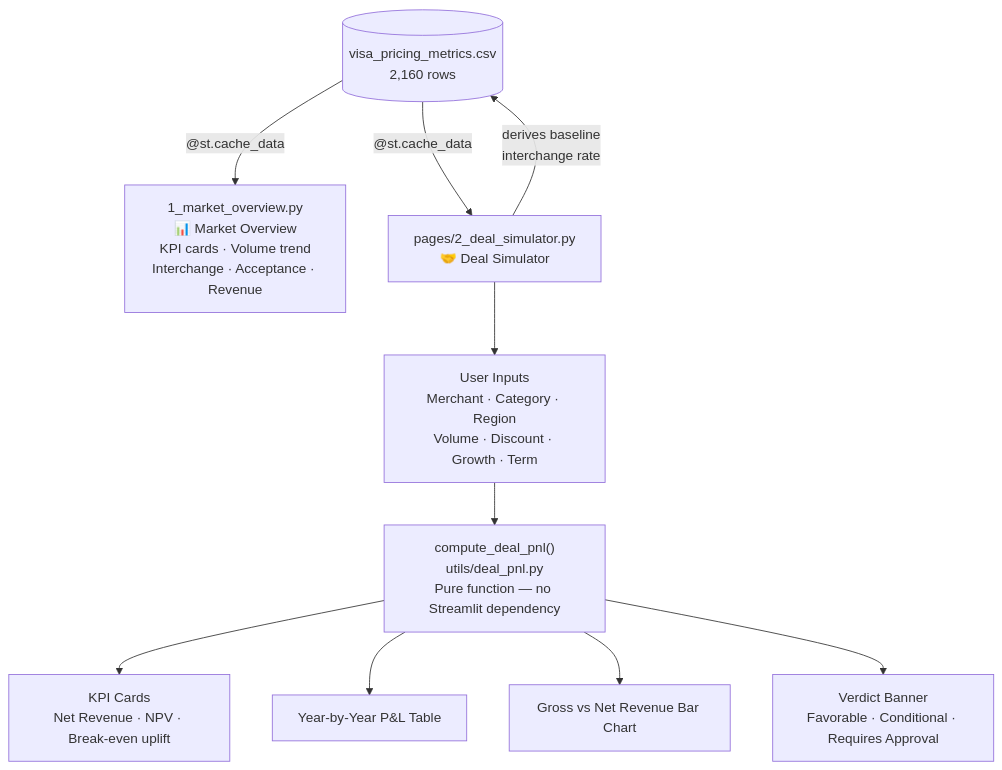
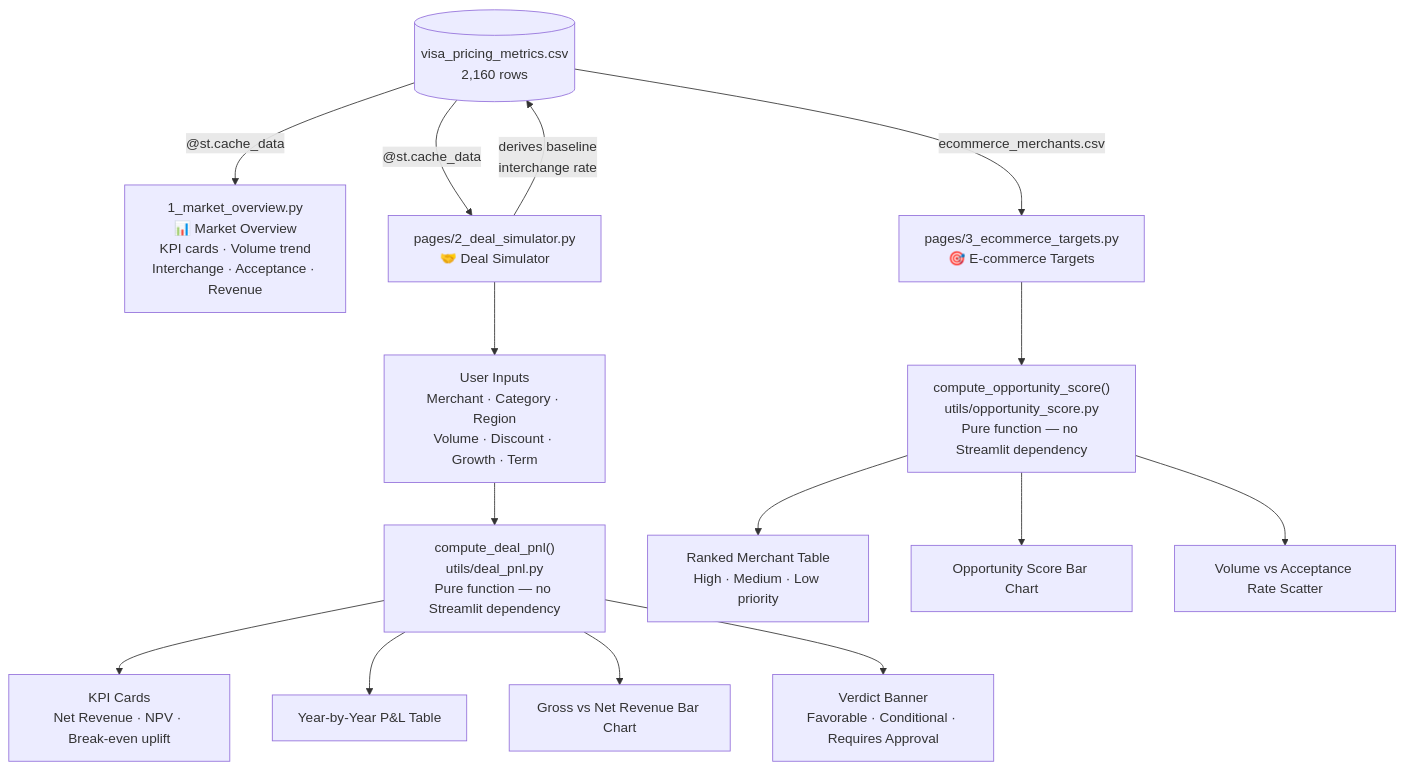
One commit to FreebugFewy/Sales-analyst changed the diagram in README.md. Above: the diagram before and after it, drawn with Mermaid. The commit also changed other lines of this file, not shown here.

Commit message:
docs: add test file, fix page count, update pipeline diagram for Page 3

````diff
--- a/README.md
+++ b/README.md
@@ -30,16 +30,22 @@
 ```mermaid
 flowchart TD
     CSV[("visa_pricing_metrics.csv\n2,160 rows")]
 
     CSV -->|"@st.cache_data"| P1["1_market_overview.py\n📊 Market Overview\nKPI cards · Volume trend\nInterchange · Acceptance · Revenue"]
     CSV -->|"@st.cache_data"| P2["pages/2_deal_simulator.py\n🤝 Deal Simulator"]
+    CSV -->|"ecommerce_merchants.csv"| P3["pages/3_ecommerce_targets.py\n🎯 E-commerce Targets"]
 
     P2 --> INPUTS["User Inputs\nMerchant · Category · Region\nVolume · Discount · Growth · Term"]
     INPUTS --> FN["compute_deal_pnl()\nutils/deal_pnl.py\nPure function — no Streamlit dependency"]
     FN --> OUT1["KPI Cards\nNet Revenue · NPV · Break-even uplift"]
     FN --> OUT2["Year-by-Year P&L Table"]
     FN --> OUT3["Gross vs Net Revenue Bar Chart"]
     FN --> OUT4["Verdict Banner\nFavorable · Conditional · Requires Approval"]
 
     P2 -->|"derives baseline\ninterchange rate"| CSV
+
+    P3 --> SCORE["compute_opportunity_score()\nutils/opportunity_score.py\nPure function — no Streamlit dependency"]
+    SCORE --> OUT5["Ranked Merchant Table\nHigh · Medium · Low priority"]
+    SCORE --> OUT6["Opportunity Score Bar Chart"]
+    SCORE --> OUT7["Volume vs Acceptance Rate Scatter"]
 ```
````
